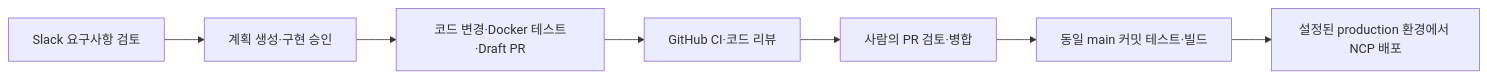
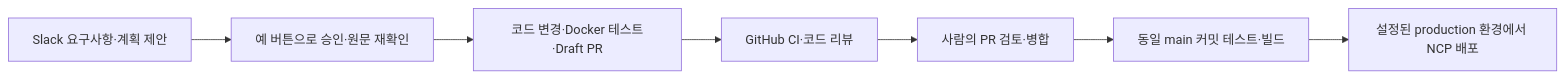
The diagram in docs/slack-commands.md (vipwhy12/slack-dev-assistant), drawn with Mermaid before and after one commit. The commit also changed other lines of this file and 26 other files, not shown here.

````diff
--- a/docs/slack-commands.md
+++ b/docs/slack-commands.md
@@ -154,9 +169,9 @@
 ```mermaid
 flowchart LR
-  A[Slack 요구사항 검토] --> B[계획 생성·구현 승인]
+  A[Slack 요구사항·계획 제안] --> B[예 버튼으로 승인·원문 재확인]
   B --> C[코드 변경·Docker 테스트·Draft PR]
   C --> D[GitHub CI·코드 리뷰]
   D --> E[사람의 PR 검토·병합]
   E --> F[동일 main 커밋 테스트·빌드]
   F --> G[설정된 production 환경에서 NCP 배포]
 ```
````
